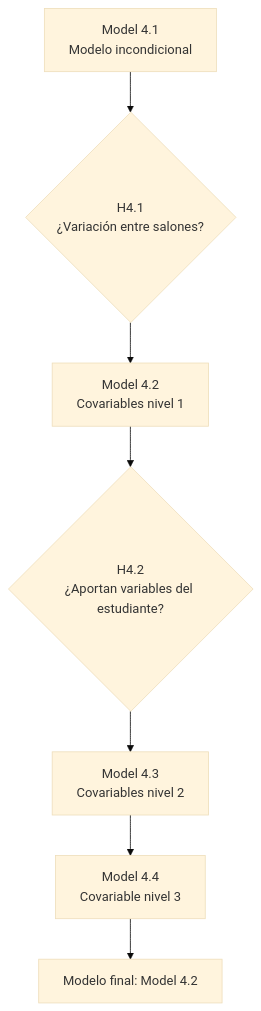
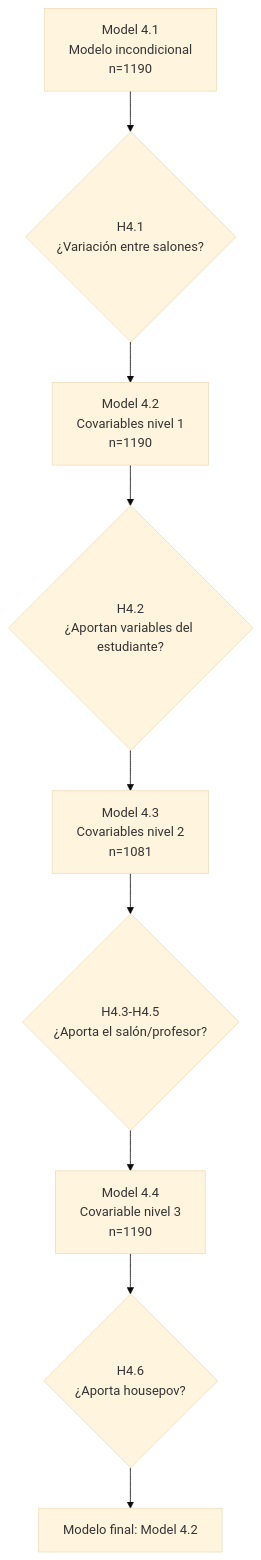
One commit to elenalazo20/Mixed-models changed the second of 2 diagrams in three-level-clusters/index.qmd. Above: the diagram before and after it, drawn with Mermaid (base theme). The commit also changed other lines of this file and 78 other files, not shown here.

````diff
--- a/three-level-clusters/index.qmd
+++ b/three-level-clusters/index.qmd
@@ -126,9 +459,11 @@
 ```{mermaid}
 flowchart TD
-    A[Model 4.1\nModelo incondicional] --> B{H4.1\n¿Variación entre salones?}
-    B --> C[Model 4.2\nCovariables nivel 1]
+    A[Model 4.1\nModelo incondicional\nn=1190] --> B{H4.1\n¿Variación entre salones?}
+    B --> C[Model 4.2\nCovariables nivel 1\nn=1190]
     C --> D{H4.2\n¿Aportan variables del estudiante?}
-    D --> E[Model 4.3\nCovariables nivel 2]
-    E --> F[Model 4.4\nCovariable nivel 3]
-    F --> G[Modelo final: Model 4.2]
+    D --> E[Model 4.3\nCovariables nivel 2\nn=1081]
+    E --> F{H4.3-H4.5\n¿Aporta el salón/profesor?}
+    F --> G[Model 4.4\nCovariable nivel 3\nn=1190]
+    G --> H{H4.6\n¿Aporta housepov?}
+    H --> I[Modelo final: Model 4.2]
 ```
````
